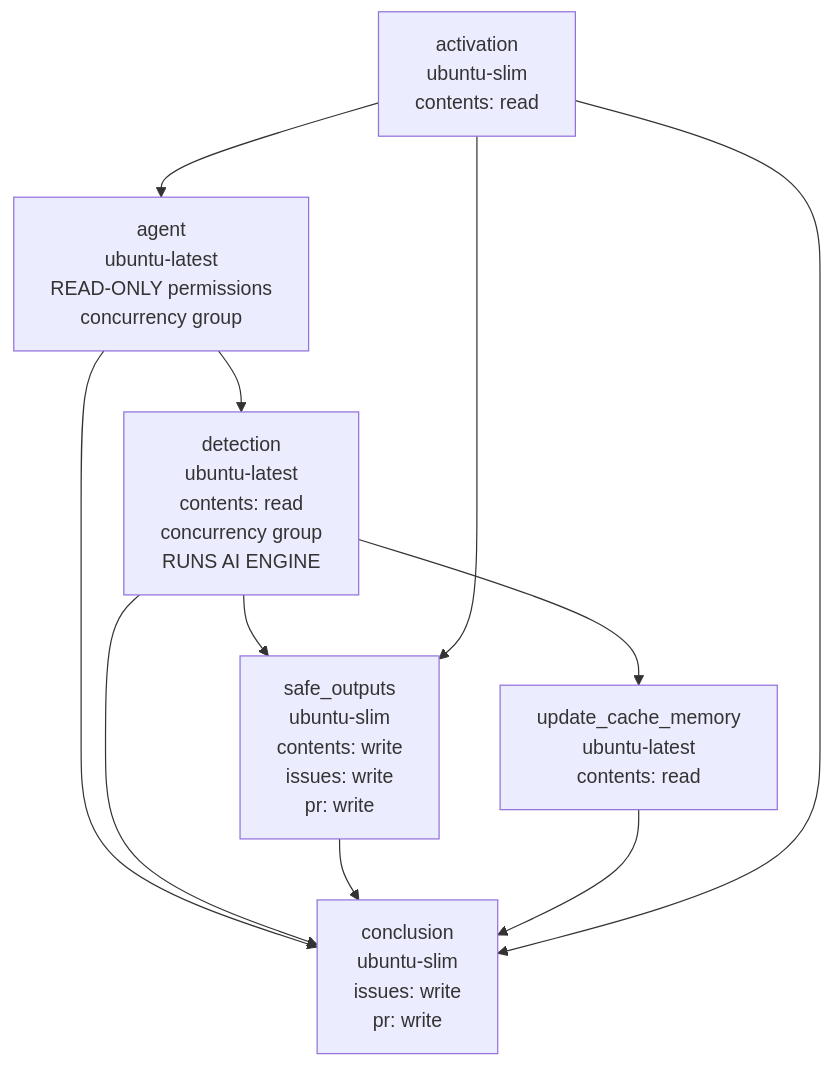
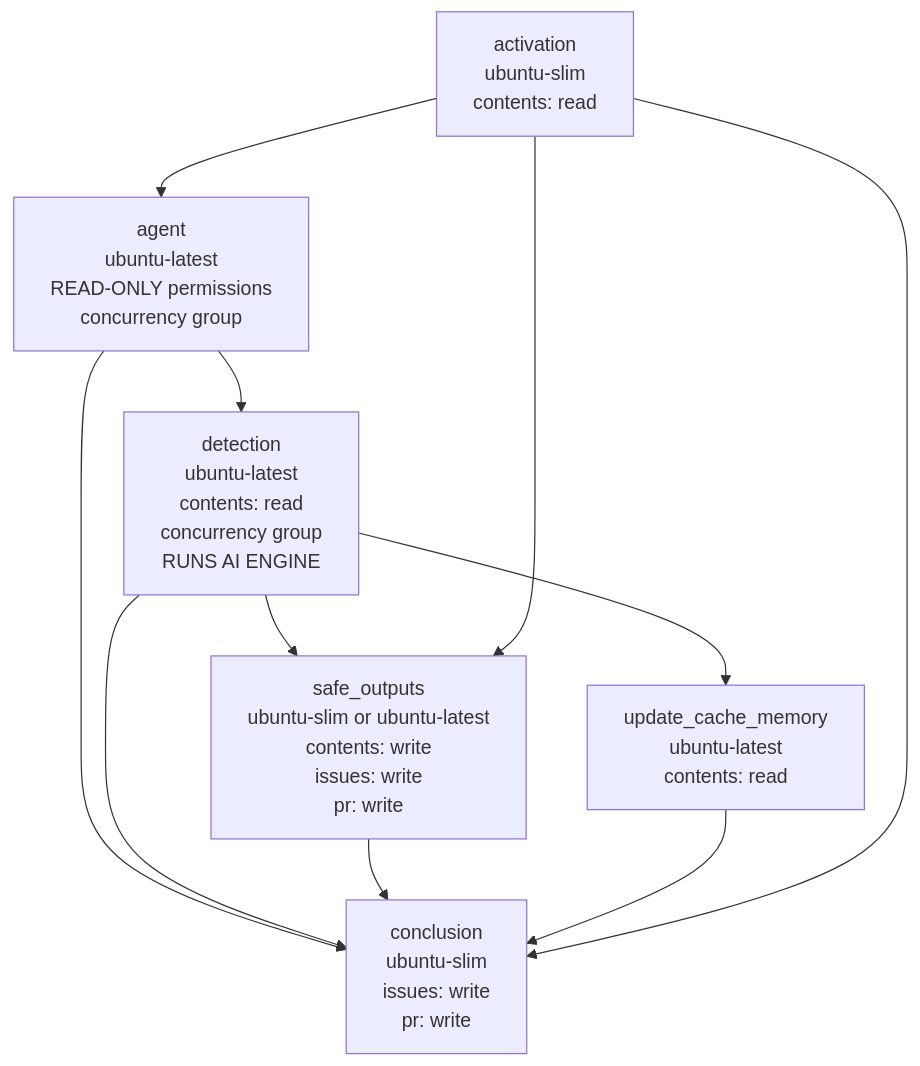
The second of 2 diagrams in docs/src/content/docs/reference/compilation-process.md (github/gh-aw), drawn with Mermaid before and after one commit. The commit also changed other lines of this file and 1 other file, not shown here.

Commit message:
Clarify safe-output runner defaults

````diff
--- a/docs/src/content/docs/reference/compilation-process.md
+++ b/docs/src/content/docs/reference/compilation-process.md
@@ -192,13 +192,13 @@
 ```mermaid
 flowchart TD
     activation["activation<br/>ubuntu-slim<br/>contents: read"] --> agent["agent<br/>ubuntu-latest<br/>READ-ONLY permissions<br/>concurrency group"]
     agent --> detection["detection<br/>ubuntu-latest<br/>contents: read<br/>concurrency group<br/>RUNS AI ENGINE"]
     agent --> conclusion["conclusion<br/>ubuntu-slim<br/>issues: write<br/>pr: write"]
-    detection --> safe_outputs["safe_outputs<br/>ubuntu-slim<br/>contents: write<br/>issues: write<br/>pr: write"]
+    detection --> safe_outputs["safe_outputs<br/>ubuntu-slim or ubuntu-latest<br/>contents: write<br/>issues: write<br/>pr: write"]
     detection --> conclusion
     safe_outputs --> conclusion
     detection --> update_cache_memory["update_cache_memory<br/>ubuntu-latest<br/>contents: read"]
     update_cache_memory --> conclusion
     activation --> safe_outputs
     activation --> conclusion
 ```
````
